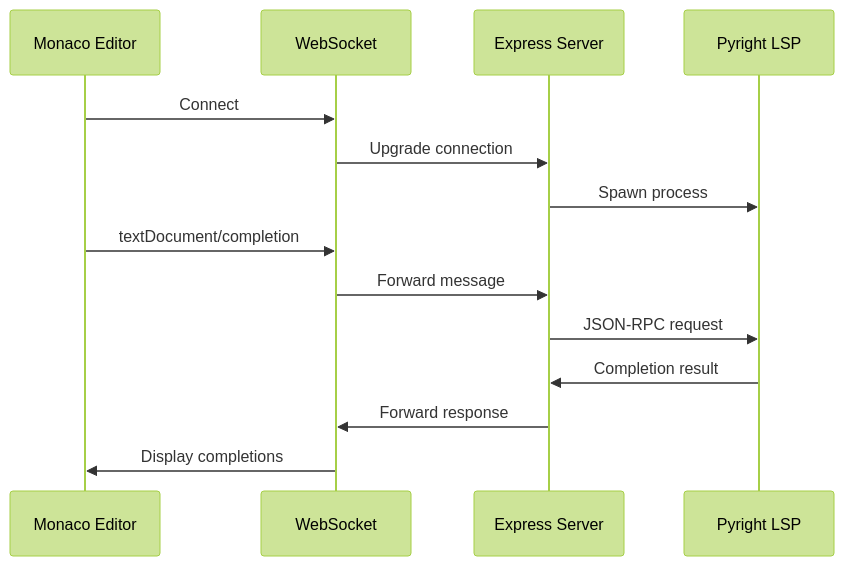
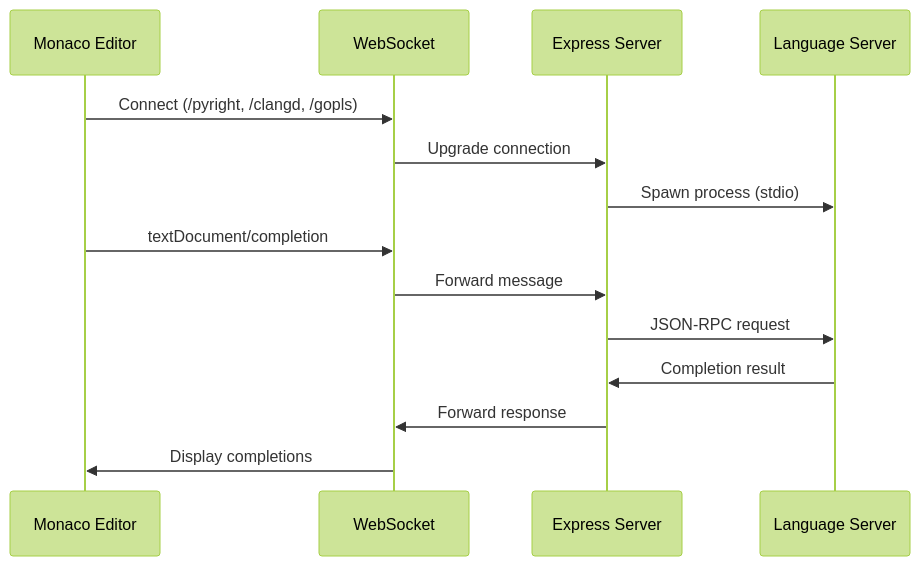
One commit to FrancisOWO/monaco-demo changed the first of 2 diagrams in wiki/architecture/data-flow.md. Above: the diagram before and after it, drawn with Mermaid (forest theme). The commit also changed other lines of this file and 17 other files, not shown here.

````diff
--- a/wiki/architecture/data-flow.md
+++ b/wiki/architecture/data-flow.md
@@ -55,18 +109,18 @@
 ```mermaid
 sequenceDiagram
     participant Browser as Monaco Editor
     participant WS as WebSocket
     participant Server as Express Server
-    participant LSP as Pyright LSP
-    
-    Browser->>WS: Connect
+    participant LSP as Language Server
+
+    Browser->>WS: Connect (/pyright, /clangd, /gopls)
     WS->>Server: Upgrade connection
-    Server->>LSP: Spawn process
-    
+    Server->>LSP: Spawn process (stdio)
+
     Browser->>WS: textDocument/completion
     WS->>Server: Forward message
     Server->>LSP: JSON-RPC request
     LSP->>Server: Completion result
     Server->>WS: Forward response
     WS->>Browser: Display completions
 ```
````
